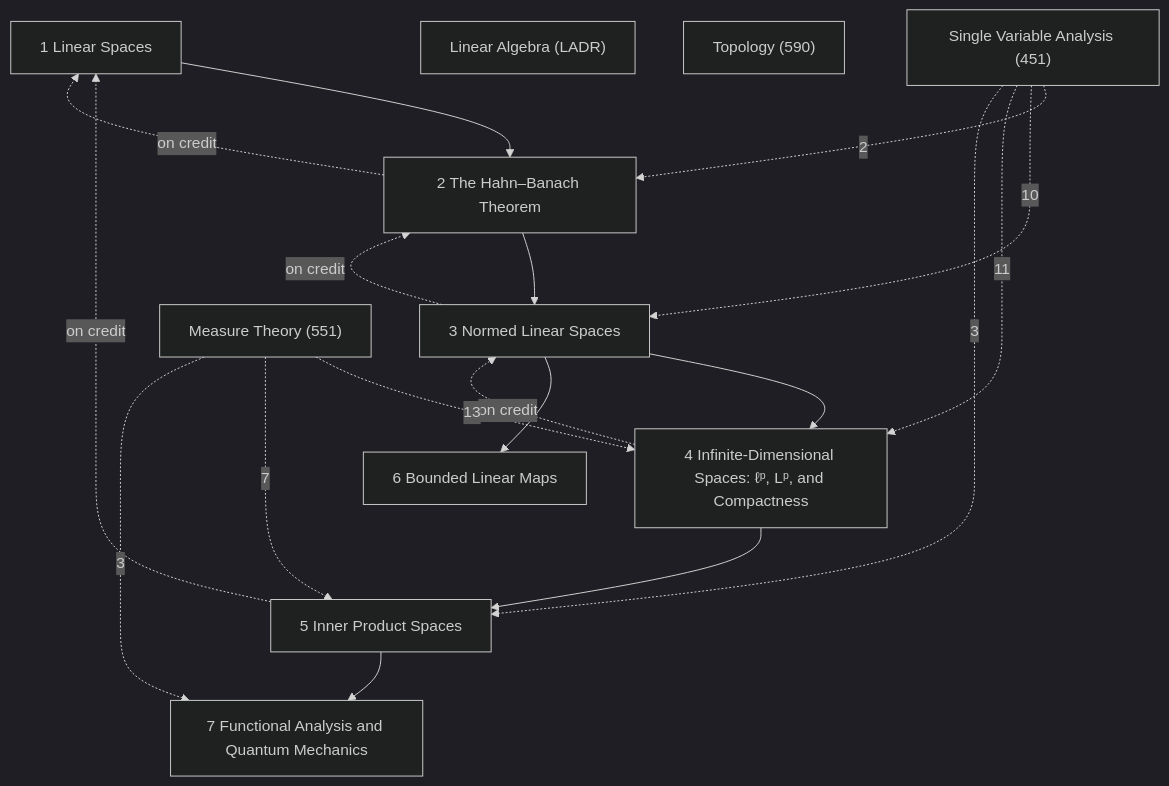
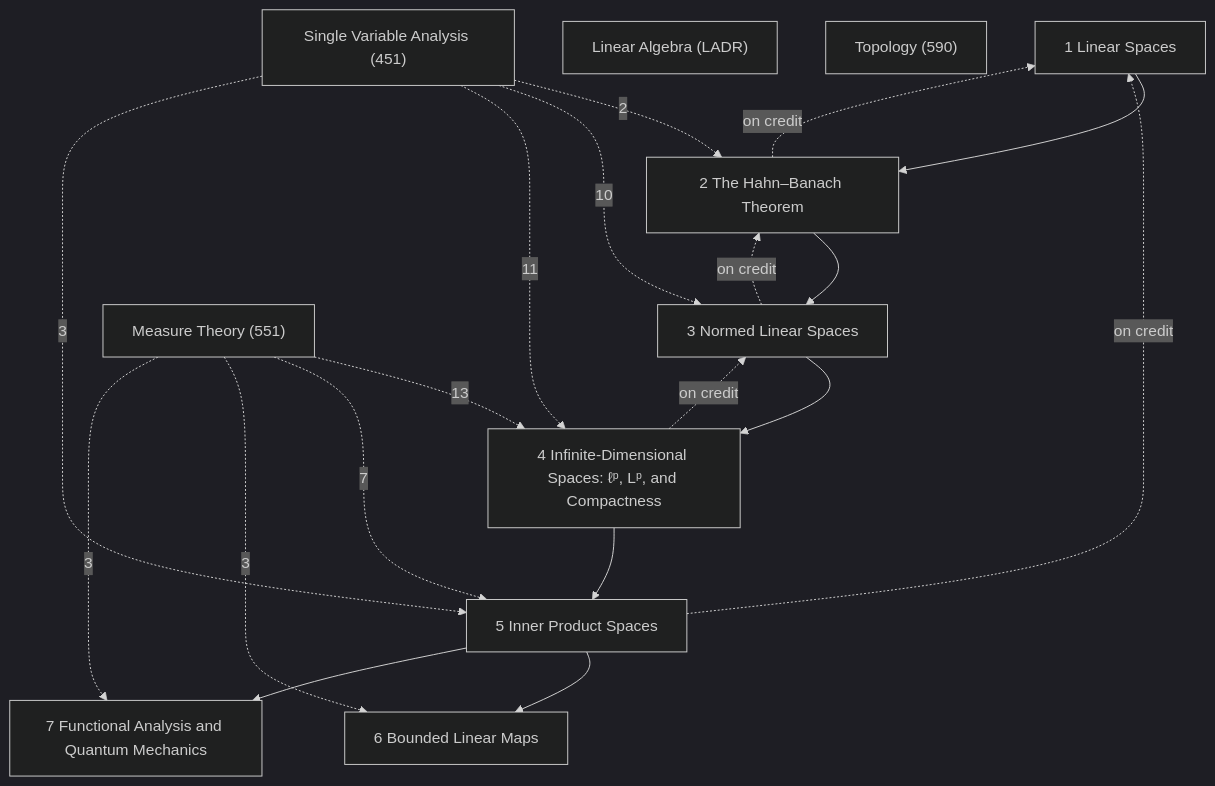
One commit to Onion20040508/notes changed the diagram in Math/Functional Analysis/Functional Analysis.md. Above: the diagram before and after it, drawn with Mermaid (dark theme). The commit also changed other lines of this file and 27 other files, not shown here.

````diff
--- a/Math/Functional Analysis/Functional Analysis.md
+++ b/Math/Functional Analysis/Functional Analysis.md
@@ -33,31 +33,32 @@
 ```mermaid
 graph TD
   C1["1 Linear Spaces"]
   C2["2 The Hahn–Banach Theorem"]
   C3["3 Normed Linear Spaces"]
   C4["4 Infinite-Dimensional Spaces: ℓᵖ, Lᵖ, and Compactness"]
   C5["5 Inner Product Spaces"]
   C6["6 Bounded Linear Maps"]
   C7["7 Functional Analysis and Quantum Mechanics"]
   X1["Linear Algebra (LADR)"]
   X2["Measure Theory (551)"]
   X3["Topology (590)"]
   X4["Single Variable Analysis (451)"]
   C1 --> C2
   C2 --> C3
   C3 --> C4
-  C3 --> C6
   C4 --> C5
+  C5 --> C6
   C5 --> C7
   C2 -.->|on credit| C1
   C3 -.->|on credit| C2
   C4 -.->|on credit| C3
   C5 -.->|on credit| C1
   X2 -.->|13| C4
   X2 -.->|7| C5
+  X2 -.->|3| C6
   X2 -.->|3| C7
   X4 -.->|2| C2
   X4 -.->|10| C3
   X4 -.->|11| C4
   X4 -.->|3| C5
 ```
````
